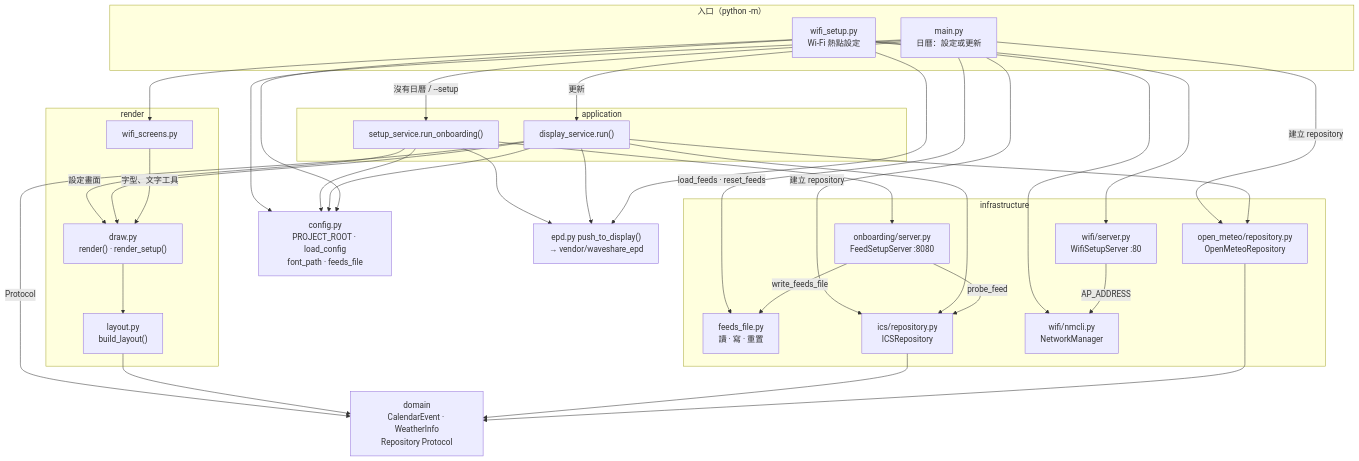
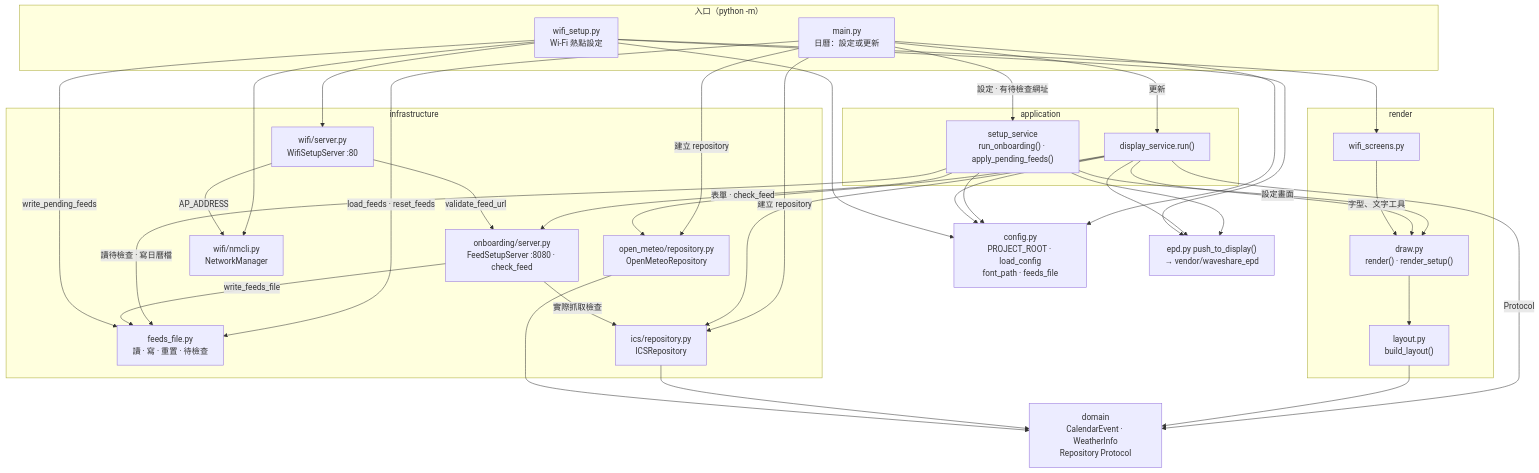
Before and after one commit to ShengKai234/google-calendar-api: the first of 6 diagrams in docs/ARCHITECTURE.zh-TW.md, drawn with Mermaid. The commit also changed other lines of this file and 5 other files, not shown here.

````diff
--- a/docs/ARCHITECTURE.zh-TW.md
+++ b/docs/ARCHITECTURE.zh-TW.md
@@ -13,57 +13,60 @@
 ```mermaid
 flowchart TB
   subgraph ENTRY["入口（python -m）"]
     MAIN["main.py<br/>日曆：設定或更新"]
     WIFI["wifi_setup.py<br/>Wi-Fi 熱點設定"]
   end
   CFG["config.py<br/>PROJECT_ROOT · load_config<br/>font_path · feeds_file"]
   subgraph APP["application"]
     DS["display_service.run()"]
-    SS["setup_service.run_onboarding()"]
+    SS["setup_service<br/>run_onboarding() · apply_pending_feeds()"]
   end
   subgraph INFRA["infrastructure"]
-    FF["feeds_file.py<br/>讀 · 寫 · 重置"]
+    FF["feeds_file.py<br/>讀 · 寫 · 重置 · 待檢查"]
     ICS["ics/repository.py<br/>ICSRepository"]
     OM["open_meteo/repository.py<br/>OpenMeteoRepository"]
-    ONB["onboarding/server.py<br/>FeedSetupServer :8080"]
+    ONB["onboarding/server.py<br/>FeedSetupServer :8080 · check_feed"]
     NM["wifi/nmcli.py<br/>NetworkManager"]
     WS["wifi/server.py<br/>WifiSetupServer :80"]
   end
   subgraph RENDER["render"]
     DRAW["draw.py<br/>render() · render_setup()"]
     LAYOUT["layout.py<br/>build_layout()"]
     WSCR["wifi_screens.py"]
   end
   DOM["domain<br/>CalendarEvent · WeatherInfo<br/>Repository Protocol"]
   EPD["epd.py push_to_display()<br/>→ vendor/waveshare_epd"]
 
   MAIN --> CFG
   MAIN -->|"load_feeds · reset_feeds"| FF
   MAIN -->|"建立 repository"| ICS
   MAIN -->|"建立 repository"| OM
-  MAIN -->|"沒有日曆 / --setup"| SS
+  MAIN -->|"設定 · 有待檢查網址"| SS
   MAIN -->|"更新"| DS
   SS --> CFG
-  SS --> ONB
+  SS -->|"表單 · check_feed"| ONB
+  SS -->|"讀待檢查 · 寫日曆檔"| FF
   SS -->|"設定畫面"| DRAW
   SS --> EPD
   DS --> CFG
   DS -->|"Protocol"| DOM
   DS --> ICS
   DS --> OM
   DS --> DRAW
   DS --> EPD
   ONB -->|"write_feeds_file"| FF
-  ONB -->|"probe_feed"| ICS
+  ONB -->|"實際抓取檢查"| ICS
   WIFI --> CFG
   WIFI --> NM
   WIFI --> WS
   WIFI --> WSCR
   WIFI --> EPD
+  WIFI -->|"write_pending_feeds"| FF
   WS -->|"AP_ADDRESS"| NM
+  WS -->|"validate_feed_url"| ONB
   WSCR -->|"字型、文字工具"| DRAW
   DRAW --> LAYOUT
   LAYOUT --> DOM
   ICS --> DOM
   OM --> DOM
 ```
````
